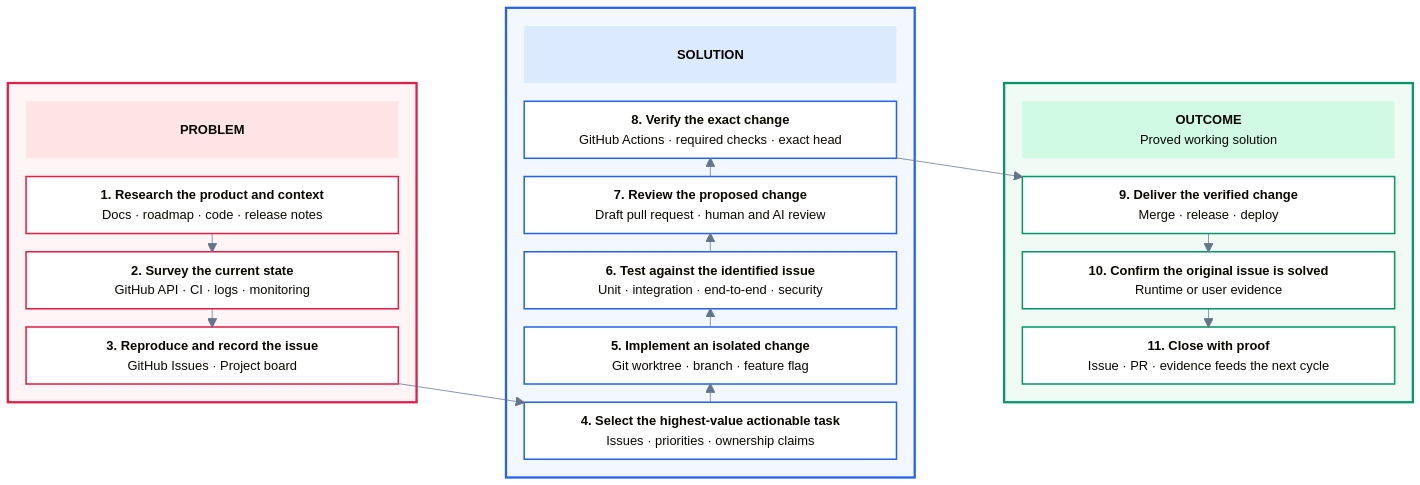
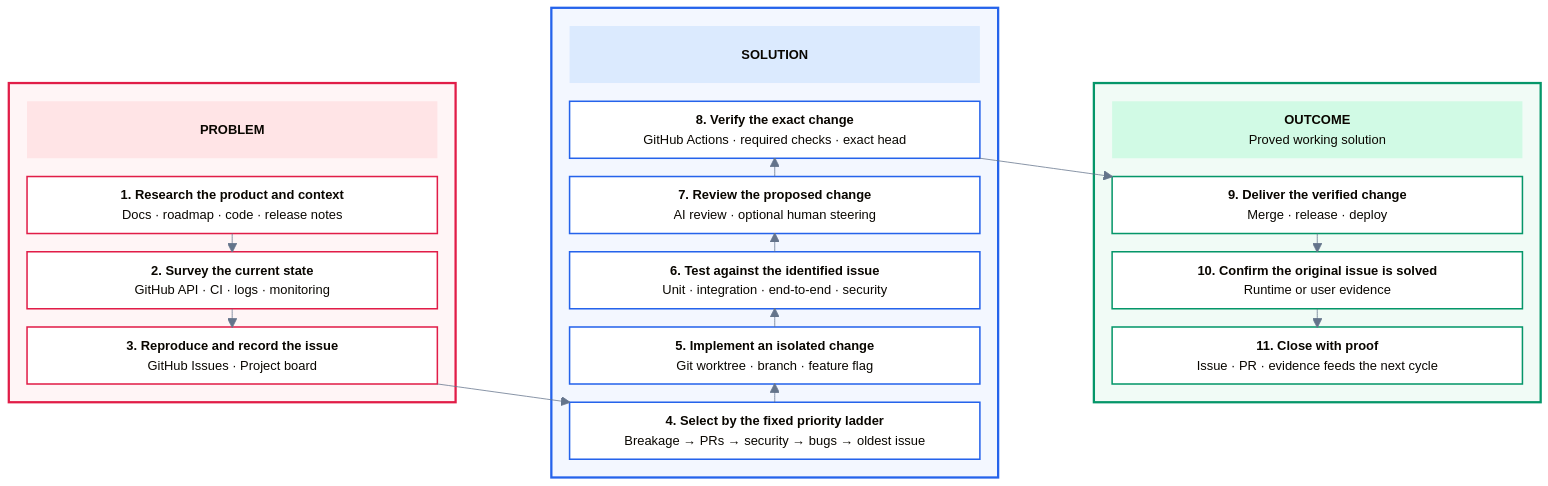
Before and after one commit to devantler-tech/monorepo: the diagram in docs/src/content/docs/agentic-engineering.mdx, drawn with Mermaid. The commit also changed other lines of this file and 2 other files, not shown here.

Commit message:
docs(site): align process with selection contract

````diff
--- a/docs/src/content/docs/agentic-engineering.mdx
+++ b/docs/src/content/docs/agentic-engineering.mdx
@@ -14,76 +14,76 @@
 ```mermaid
 %%{init: {
   "theme": "base",
   "themeVariables": {
     "background": "#ffffff",
     "fontFamily": "Arial, Helvetica, sans-serif",
     "fontSize": "17px",
     "lineColor": "#64748b",
     "primaryTextColor": "#0f172a"
   },
   "themeCSS": ".nodeLabel, .edgeLabel, .blockLabel { font-family: Arial, Helvetica, sans-serif !important; } .flowchart-link { stroke: #475569 !important; stroke-width: 3px !important; } .arrowMarkerPath { fill: #475569 !important; stroke: #475569 !important; }",
   "block": {"padding": 24}
 }}%%
 
 block-beta
   columns 20
 
   block:Problem:6
     columns 1
     PH["<b>PROBLEM</b>"]
     P1["<b>1. Research the product and context</b><br/>Docs · roadmap · code · release notes"]
     P2["<b>2. Survey the current state</b><br/>GitHub API · CI · logs · monitoring"]
     P3["<b>3. Reproduce and record the issue</b><br/>GitHub Issues · Project board"]
   end
 
   space
 
   block:Solution:6
     columns 1
     SH["<b>SOLUTION</b>"]
     S5["<b>8. Verify the exact change</b><br/>GitHub Actions · required checks · exact head"]
-    S4["<b>7. Review the proposed change</b><br/>Draft pull request · human and AI review"]
+    S4["<b>7. Review the proposed change</b><br/>AI review · optional human steering"]
     S3["<b>6. Test against the identified issue</b><br/>Unit · integration · end-to-end · security"]
     S2["<b>5. Implement an isolated change</b><br/>Git worktree · branch · feature flag"]
-    S1["<b>4. Select the highest-value actionable task</b><br/>Issues · priorities · ownership claims"]
+    S1["<b>4. Select by the fixed priority ladder</b><br/>Breakage → PRs → security → bugs → oldest issue"]
   end
 
   space
 
   block:Outcome:6
     columns 1
     OH["<b>OUTCOME</b><br/>Proved working solution"]
     O1["<b>9. Deliver the verified change</b><br/>Merge · release · deploy"]
     O2["<b>10. Confirm the original issue is solved</b><br/>Runtime or user evidence"]
     O3["<b>11. Close with proof</b><br/>Issue · PR · evidence feeds the next cycle"]
   end
 
   P1 --> P2
   P2 --> P3
   P3 --> S1
   S1 --> S2
   S2 --> S3
   S3 --> S4
   S4 --> S5
   S5 --> O1
   O1 --> O2
   O2 --> O3
 
   style P1 fill:#ffffff,stroke:#e11d48,stroke-width:2px,color:#4c0519
   style P2 fill:#ffffff,stroke:#e11d48,stroke-width:2px,color:#4c0519
   style P3 fill:#ffffff,stroke:#e11d48,stroke-width:2px,color:#4c0519
   style S1 fill:#ffffff,stroke:#2563eb,stroke-width:2px,color:#172554
   style S2 fill:#ffffff,stroke:#2563eb,stroke-width:2px,color:#172554
   style S3 fill:#ffffff,stroke:#2563eb,stroke-width:2px,color:#172554
   style S4 fill:#ffffff,stroke:#2563eb,stroke-width:2px,color:#172554
   style S5 fill:#ffffff,stroke:#2563eb,stroke-width:2px,color:#172554
   style O1 fill:#ffffff,stroke:#059669,stroke-width:2px,color:#064e3b
   style O2 fill:#ffffff,stroke:#059669,stroke-width:2px,color:#064e3b
   style O3 fill:#ffffff,stroke:#059669,stroke-width:2px,color:#064e3b
   style PH fill:#ffe4e6,stroke:#e11d48,stroke-width:0px,color:#881337
   style SH fill:#dbeafe,stroke:#2563eb,stroke-width:0px,color:#172554
   style OH fill:#d1fae5,stroke:#059669,stroke-width:0px,color:#064e3b
   style Problem fill:#fff5f6,stroke:#e11d48,stroke-width:3px
   style Solution fill:#f3f7ff,stroke:#2563eb,stroke-width:3px
   style Outcome fill:#f1fbf6,stroke:#059669,stroke-width:3px
 ```
````
